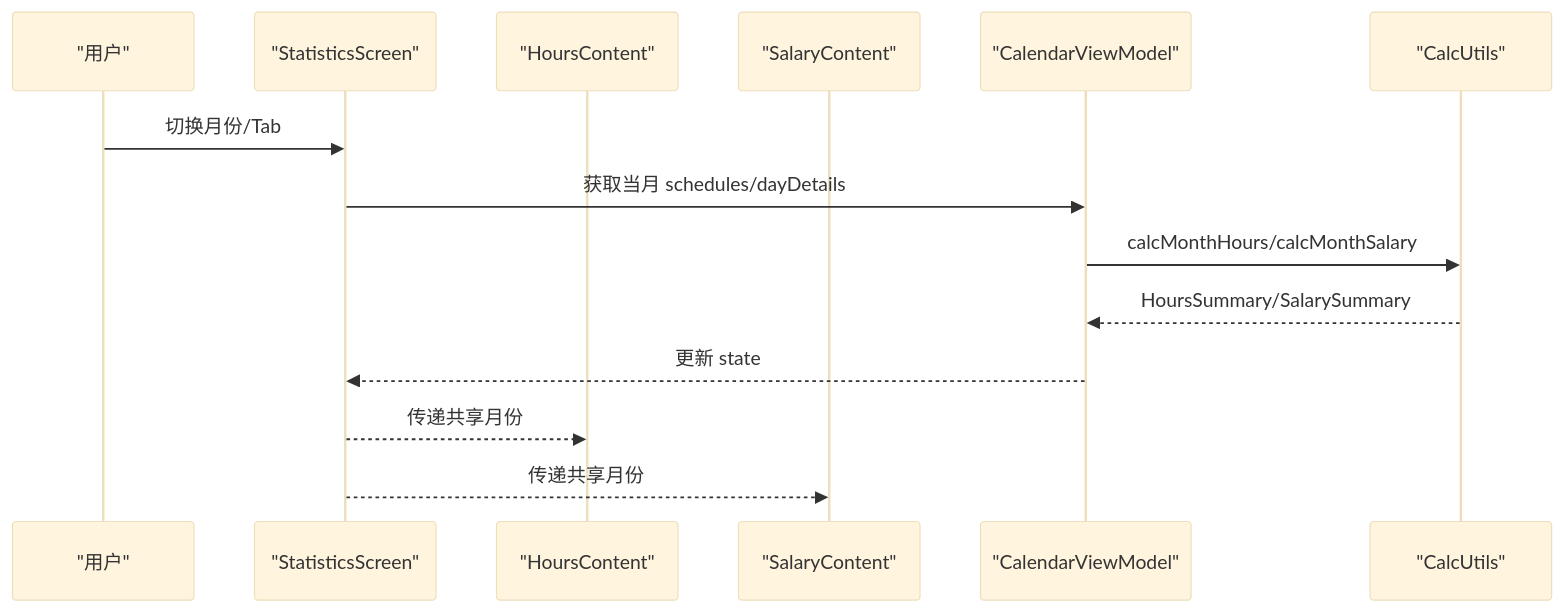
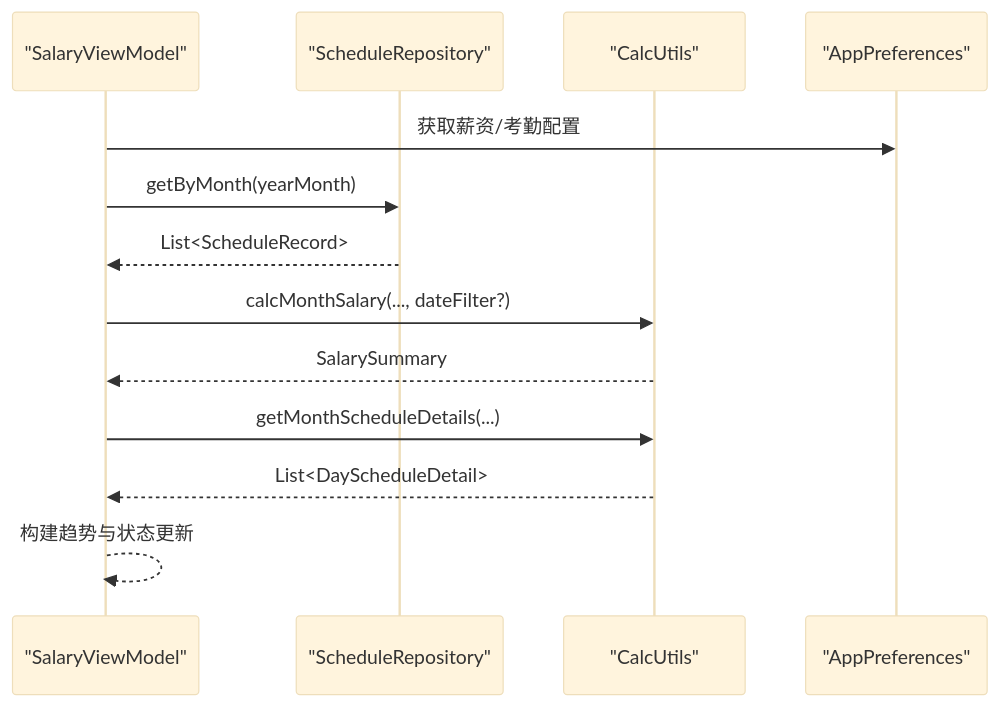
One commit to xiaobai860/paibanrili changed the sixth of 7 diagrams in .qoder/repowiki/zh/content/核心功能模块/核心功能模块.md. Above: the diagram before and after it, drawn with Mermaid (base theme). The commit also changed other lines of this file and 245 other files, not shown here.

````diff
--- a/.qoder/repowiki/zh/content/核心功能模块/核心功能模块.md
+++ b/.qoder/repowiki/zh/content/核心功能模块/核心功能模块.md
@@ -338,16 +319,15 @@
 ```mermaid
 sequenceDiagram
-participant User as "用户"
-participant Stats as "StatisticsScreen"
-participant Hours as "HoursContent"
-participant Salary as "SalaryContent"
-participant VM as "CalendarViewModel"
-participant Calc as "CalcUtils"
-User->>Stats : 切换月份/Tab
-Stats->>VM : 获取当月 schedules/dayDetails
-VM->>Calc : calcMonthHours/calcMonthSalary
-Calc-->>VM : HoursSummary/SalarySummary
-VM-->>Stats : 更新 state
-Stats-->>Hours : 传递共享月份
-Stats-->>Salary : 传递共享月份
+participant VM as "SalaryViewModel"
+participant Repo as "ScheduleRepository"
+participant Utils as "CalcUtils"
+participant Pref as "AppPreferences"
+VM->>Pref : 获取薪资/考勤配置
+VM->>Repo : getByMonth(yearMonth)
+Repo-->>VM : List<ScheduleRecord>
+VM->>Utils : calcMonthSalary(..., dateFilter?)
+Utils-->>VM : SalarySummary
+VM->>Utils : getMonthScheduleDetails(...)
+Utils-->>VM : List<DayScheduleDetail>
+VM-->>VM : 构建趋势与状态更新
 ```
````
